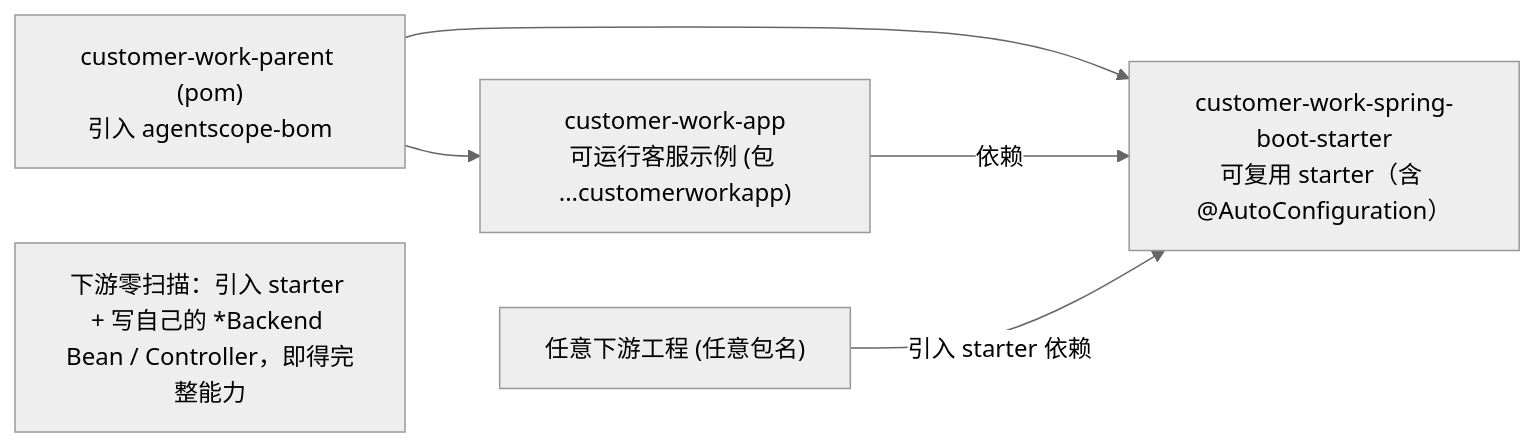
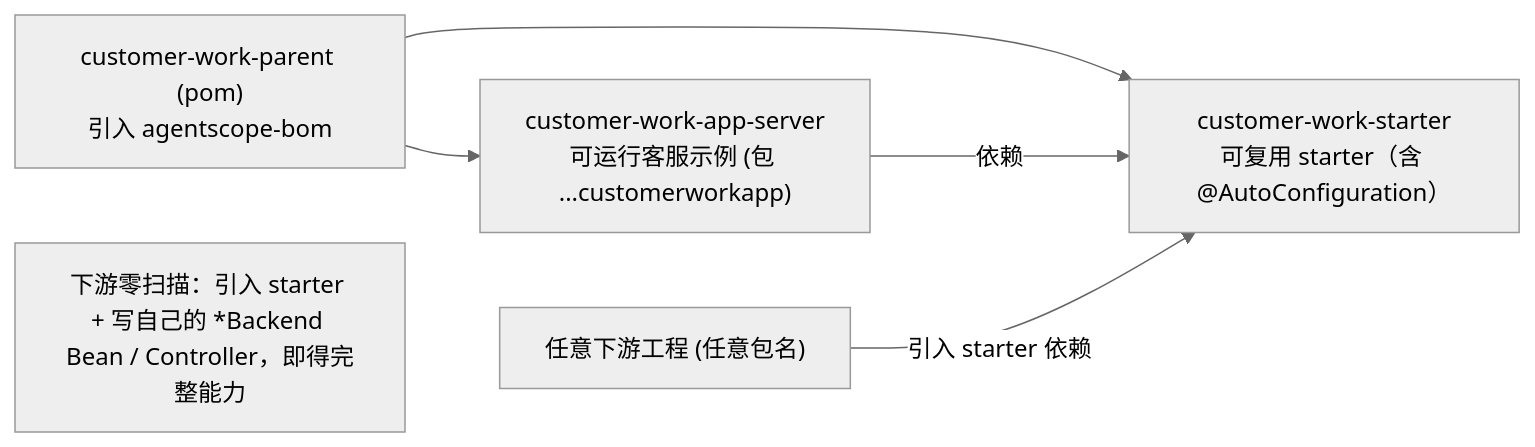
The second of 32 diagrams in docs/详细技术文档.md (liulangjietou/customer_work), drawn with Mermaid (neutral theme) before and after one commit. The commit also changed other lines of this file and 524 other files, not shown here.

````diff
--- a/docs/详细技术文档.md
+++ b/docs/详细技术文档.md
@@ -121,8 +121,8 @@
 ```mermaid
 flowchart LR
-    PARENT["customer-work-parent (pom)<br/>引入 agentscope-bom"] --> ST["customer-work-spring-boot-starter<br/>可复用 starter（含 @AutoConfiguration）"]
-    PARENT --> EX["customer-work-app<br/>可运行客服示例 (包 ...customerworkapp)"]
+    PARENT["customer-work-parent (pom)<br/>引入 agentscope-bom"] --> ST["customer-work-starter<br/>可复用 starter（含 @AutoConfiguration）"]
+    PARENT --> EX["customer-work-app-server<br/>可运行客服示例 (包 ...customerworkapp)"]
     EX -->|依赖| ST
     DOWN["任意下游工程 (任意包名)"] -->|引入 starter 依赖| ST
     note["下游零扫描：引入 starter + 写自己的 *Backend Bean / Controller，即得完整能力"]
 ```
````
